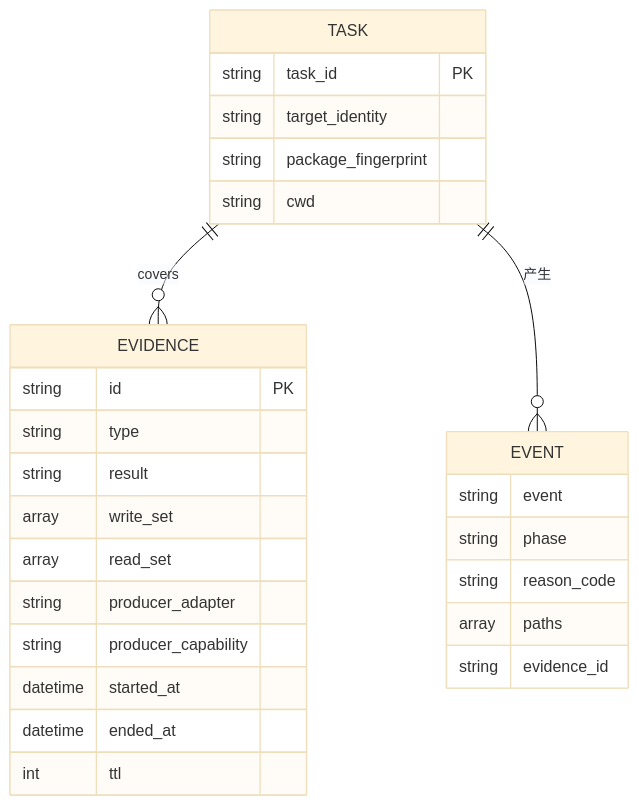
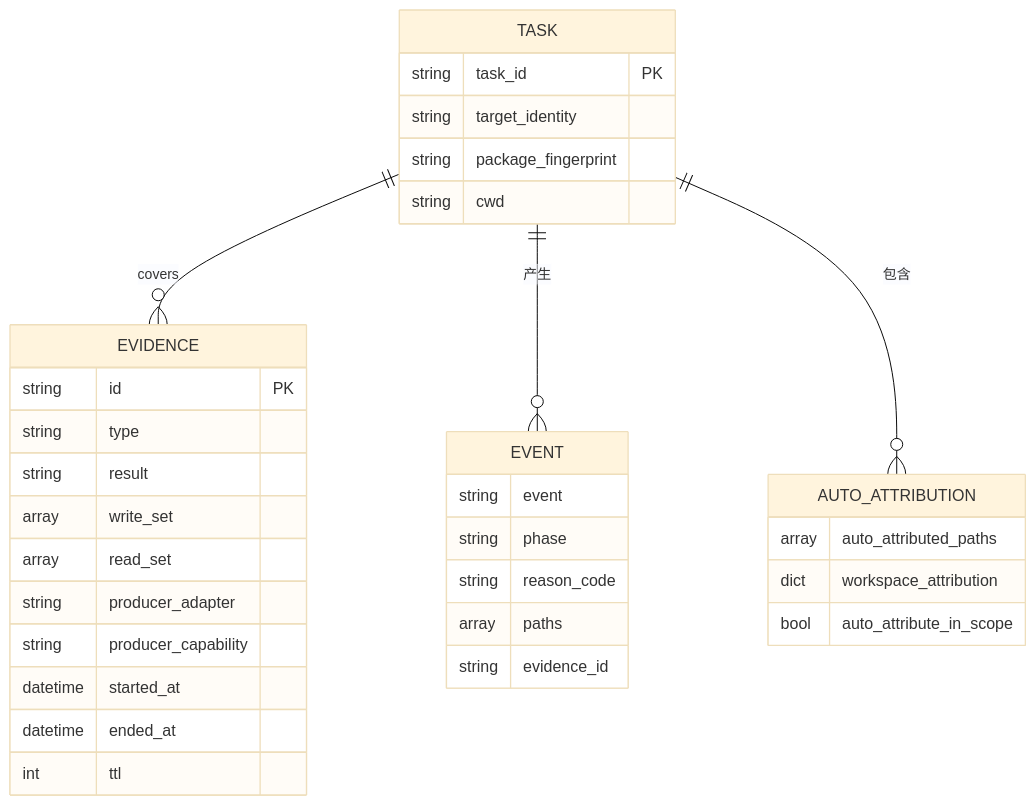
Before and after one commit to HackSing/docs-harness: the fifth of 7 diagrams in .qoder/repowiki/zh/content/证据系统/自动归因功能.md, drawn with Mermaid (base theme). The commit also changed other lines of this file and 40 other files, not shown here.

````diff
--- a/.qoder/repowiki/zh/content/证据系统/自动归因功能.md
+++ b/.qoder/repowiki/zh/content/证据系统/自动归因功能.md
@@ -198,30 +239,36 @@
 ```mermaid
 erDiagram
 TASK {
 string task_id PK
 string target_identity
 string package_fingerprint
 string cwd
 }
 EVIDENCE {
 string id PK
 string type
 string result
 array write_set
 array read_set
 string producer_adapter
 string producer_capability
 datetime started_at
 datetime ended_at
 int ttl
 }
 EVENT {
 string event
 string phase
 string reason_code
 array paths
 string evidence_id
 }
+AUTO_ATTRIBUTION {
+array auto_attributed_paths
+dict workspace_attribution
+bool auto_attribute_in_scope
+}
 TASK ||--o{ EVIDENCE : "covers"
 TASK ||--o{ EVENT : "产生"
+TASK ||--o{ AUTO_ATTRIBUTION : "包含"
 ```
````
